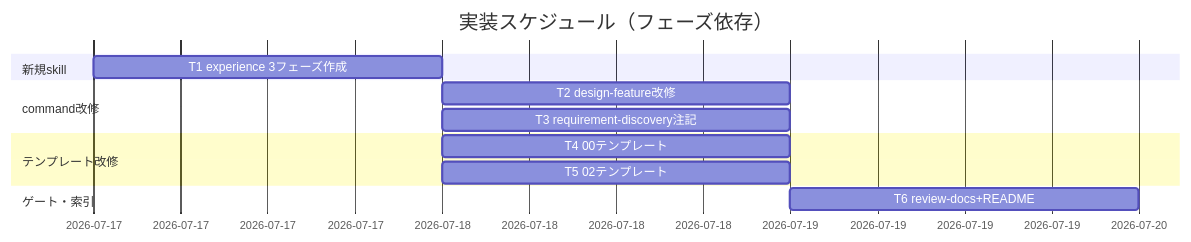
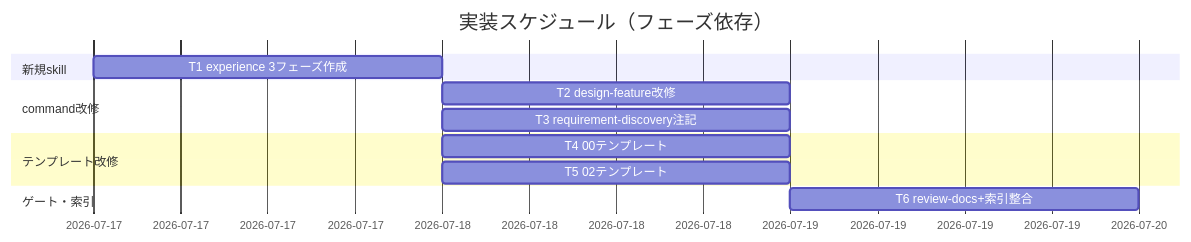
The diagram in docs/maintainer/workflow/20260717_071859_デザイナー視点組込/03_実装計画.md (techbeansjp-free/AGENTS.md), drawn with Mermaid before and after one commit. The commit also changed other lines of this file and 3 other files, not shown here.

````diff
--- a/docs/maintainer/workflow/20260717_071859_デザイナー視点組込/03_実装計画.md
+++ b/docs/maintainer/workflow/20260717_071859_デザイナー視点組込/03_実装計画.md
@@ -29,15 +29,15 @@
 ```mermaid
 gantt
     title 実装スケジュール（フェーズ依存）
     dateFormat YYYY-MM-DD
     section 新規skill
     T1 experience 3フェーズ作成 :a1, 2026-07-17, 1d
     section command改修
     T2 design-feature改修 :a2, after a1, 1d
     T3 requirement-discovery注記 :a3, after a1, 1d
     section テンプレート改修
     T4 00テンプレート :a4, after a1, 1d
     T5 02テンプレート :a5, after a1, 1d
     section ゲート・索引
-    T6 review-docs+README :a6, after a2, 1d
+    T6 review-docs+索引整合 :a6, after a2, 1d
 ```
````
